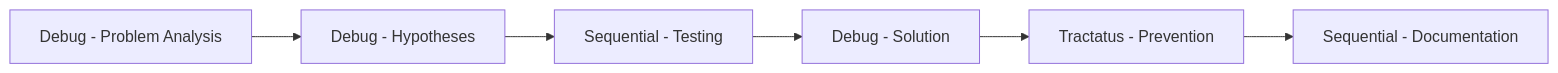
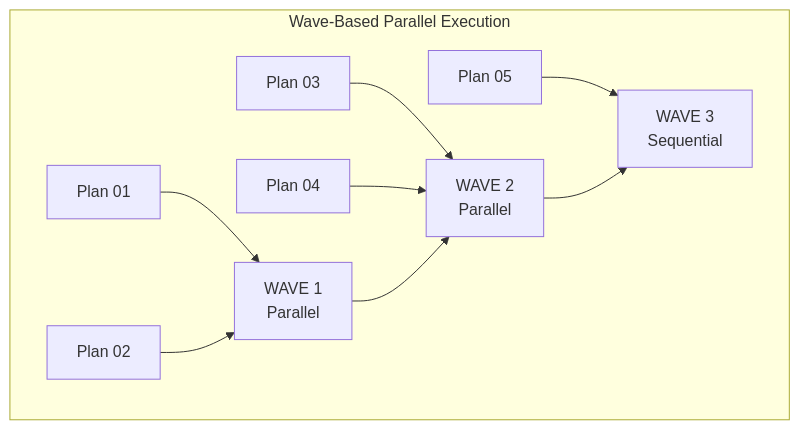
One commit to Alot1z/get-shit-indexed changed the sixth of 8 diagrams in README.md. Above: the diagram before and after it, drawn with Mermaid. The commit also changed other lines of this file and 2 other files, not shown here.

Commit message:
chore(1.20.0): prepare for npm publish - Update README with Mermaid diagrams and feature tables - Bump version to 1.20.0 - Add .npmrc to .gitignore (security)

````diff
--- a/README.md
+++ b/README.md
@@ -1043,8 +205,16 @@
 ```mermaid
-graph LR
-    A[Debug - Problem Analysis] --> B[Debug - Hypotheses]
-    B --> C[Sequential - Testing]
-    C --> D[Debug - Solution]
-    D --> E[Tractatus - Prevention]
-    E --> F[Sequential - Documentation]
+graph TB
+    subgraph "Wave-Based Parallel Execution"
+        W1[WAVE 1<br/>Parallel]
+        W2[WAVE 2<br/>Parallel]
+        W3[WAVE 3<br/>Sequential]
+        
+        P1[Plan 01] --> W1
+        P2[Plan 02] --> W1
+        P3[Plan 03] --> W2
+        P4[Plan 04] --> W2
+        P5[Plan 05] --> W3
+        
+        W1 --> W2 --> W3
+    end
 ```
````
